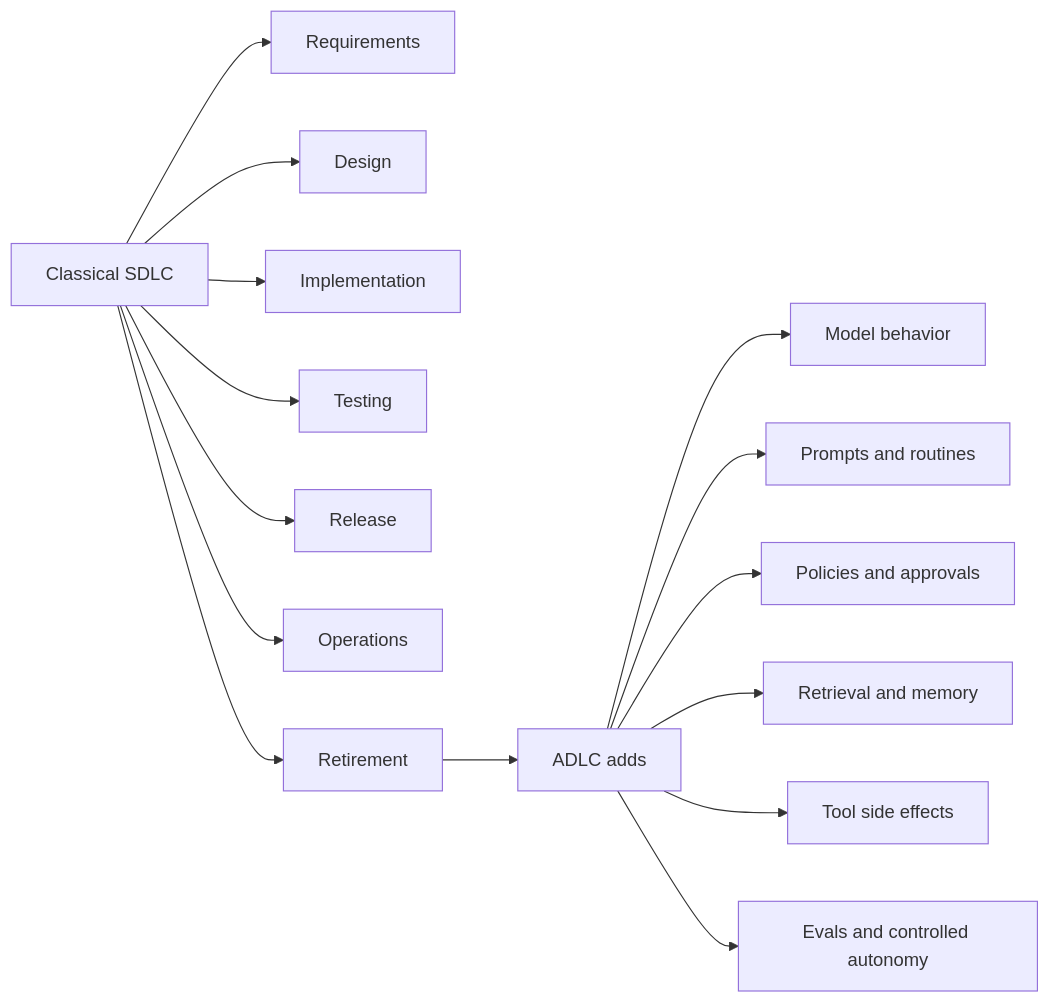
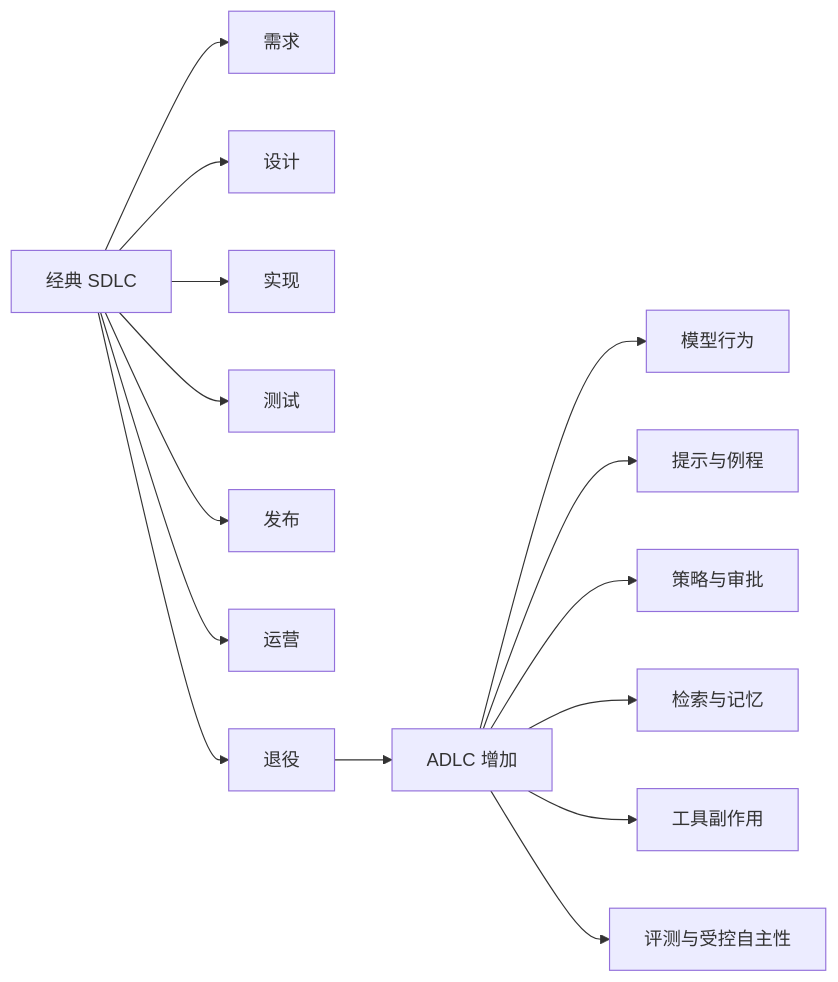
One commit to agent-axiom/agent-arch changed the first of 2 diagrams in docs/book/part-viii/chapter-19.zh.md. Above: the diagram before and after it, drawn with Mermaid. The commit also changed other lines of this file, not shown here.

Commit message:
Polish Chinese chapter nineteen ADLC prose

````diff
--- a/docs/book/part-viii/chapter-19.zh.md
+++ b/docs/book/part-viii/chapter-19.zh.md
@@ -63,18 +63,18 @@
 ``` mermaid
 flowchart LR
-    A["Classical SDLC"] --> B["Requirements"]
-    A --> C["Design"]
-    A --> D["Implementation"]
-    A --> E["Testing"]
-    A --> F["Release"]
-    A --> G["Operations"]
-    A --> H["Retirement"]
+    A["经典 SDLC"] --> B["需求"]
+    A --> C["设计"]
+    A --> D["实现"]
+    A --> E["测试"]
+    A --> F["发布"]
+    A --> G["运营"]
+    A --> H["退役"]
 
-    H --> I["ADLC adds"]
-    I --> J["Model behavior"]
-    I --> K["Prompts and routines"]
-    I --> L["Policies and approvals"]
-    I --> M["Retrieval and memory"]
-    I --> N["Tool side effects"]
-    I --> O["Evals and controlled autonomy"]
+    H --> I["ADLC 增加"]
+    I --> J["模型行为"]
+    I --> K["提示与例程"]
+    I --> L["策略与审批"]
+    I --> M["检索与记忆"]
+    I --> N["工具副作用"]
+    I --> O["评测与受控自主性"]
 ```
````
